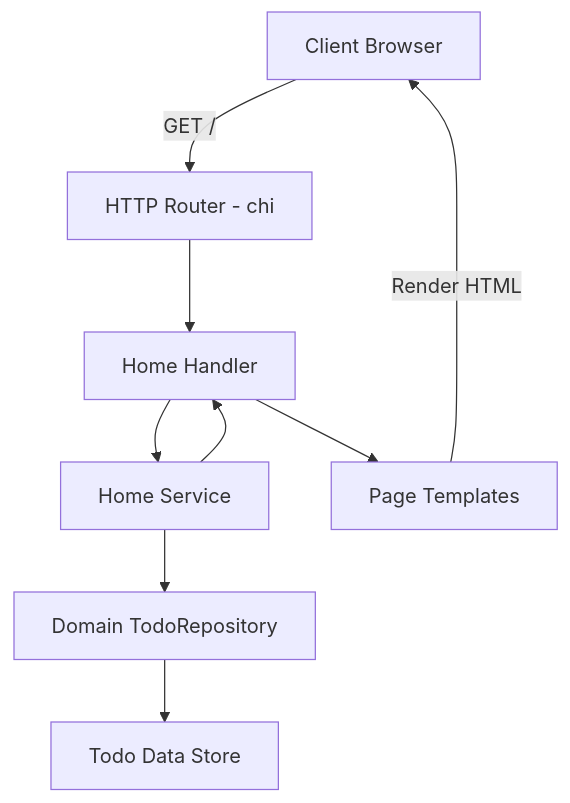
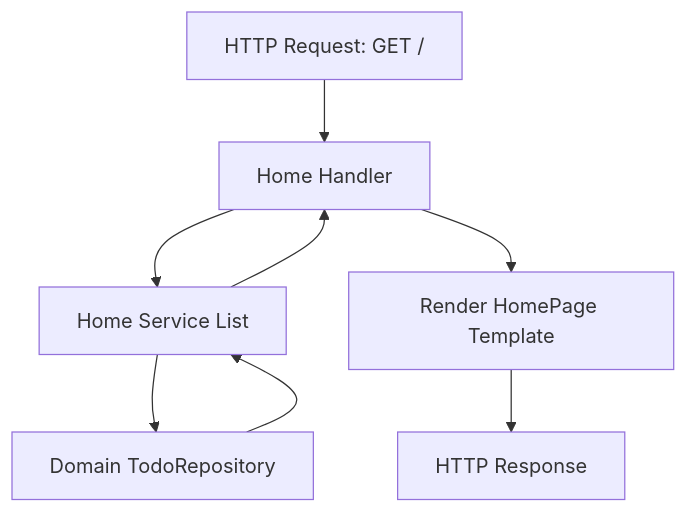
One commit to hkdeman/todos-docs changed the diagram in api-reference/features-home/home-handler.mdx. Above: the diagram before and after it, drawn with Mermaid. The commit also changed other lines of this file and 10 other files, not shown here.

````diff
--- a/api-reference/features-home/home-handler.mdx
+++ b/api-reference/features-home/home-handler.mdx
@@ -145,11 +130,10 @@
 ```mermaid
 flowchart TD
-  Client[Client Browser] -->|GET /| Router[HTTP Router - chi]
-  Router --> HomeHandler[Home Handler]
-  HomeHandler --> HomeService[Home Service]
-  HomeService --> DomainRepo[Domain TodoRepository]
-  DomainRepo --> DomainData[Todo Data Store]
-  HomeService --> HomeHandler
-  HomeHandler --> Templates[Page Templates]
-  Templates -->|Render HTML| Client
+  A[HTTP Request: GET /] --> B[Home Handler]
+  B --> C[Home Service List]
+  C --> D[Domain TodoRepository]
+  D --> C
+  C --> B
+  B --> E[Render HomePage Template]
+  E --> F[HTTP Response]
 ```
````
